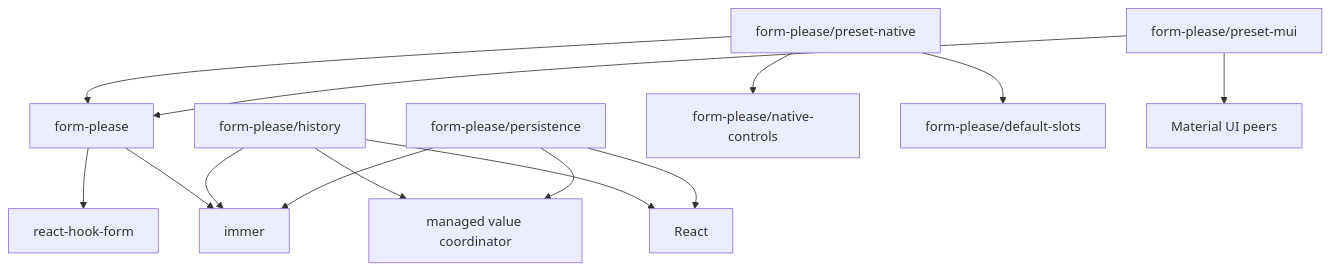
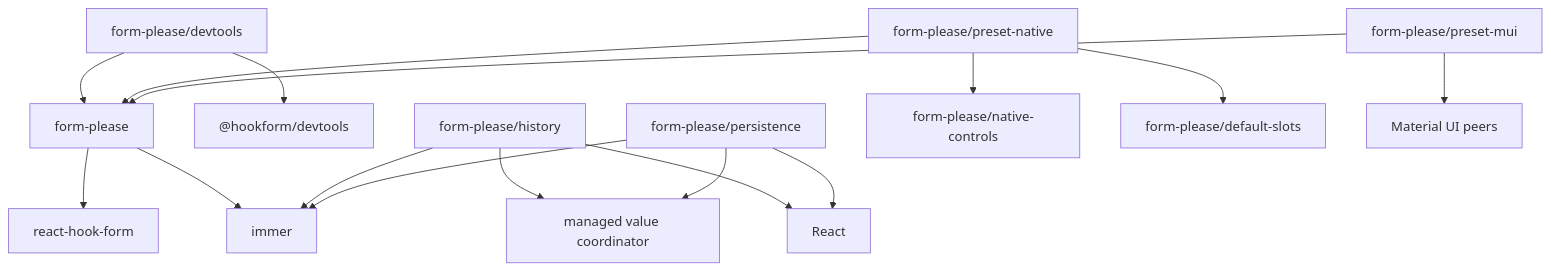
Before and after one commit to r13v/form-please: the diagram in docs/ARCHITECTURE.md, drawn with Mermaid. The commit also changed other lines of this file and 42 other files, not shown here.

````diff
--- a/docs/ARCHITECTURE.md
+++ b/docs/ARCHITECTURE.md
@@ -26,16 +26,18 @@
 ```mermaid
 flowchart TD
     Root["form-please"] --> RHF["react-hook-form"]
     Root --> Immer["immer"]
+    Devtools["form-please/devtools"] --> Root
+    Devtools --> RhfDevtools["@hookform/devtools"]
     History["form-please/history"] --> Coordinator["managed value coordinator"]
     History --> Immer
     History --> React
     Persistence["form-please/persistence"] --> Coordinator
     Persistence --> Immer
     Persistence --> React
     NativePreset["form-please/preset-native"] --> Root
     NativePreset --> NativeControls["form-please/native-controls"]
     NativePreset --> DefaultSlots["form-please/default-slots"]
     MuiPreset["form-please/preset-mui"] --> Root
     MuiPreset --> Mui["Material UI peers"]
 ```
````
